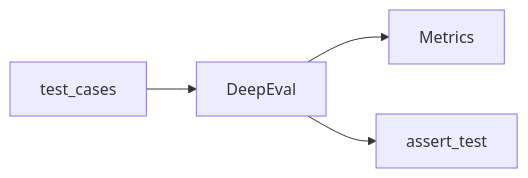
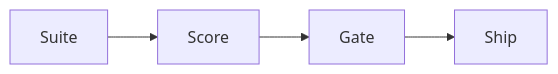
One commit to abdulsamad183/ai-engineering-playbook changed the diagram in domains/ai-evaluation/frameworks/02-deepeval.md. Above: the diagram before and after it, drawn with Mermaid. The commit also changed other lines of this file and 127 other files, not shown here.

````diff
--- a/domains/ai-evaluation/frameworks/02-deepeval.md
+++ b/domains/ai-evaluation/frameworks/02-deepeval.md
@@ -25,6 +87,4 @@
 ```mermaid
 flowchart LR
-    TEST[test_cases] --> DE[DeepEval]
-    DE --> MET[Metrics]
-    DE --> ASSERT[assert_test]
+  Suite --> Score --> Gate --> Ship
 ```
````
